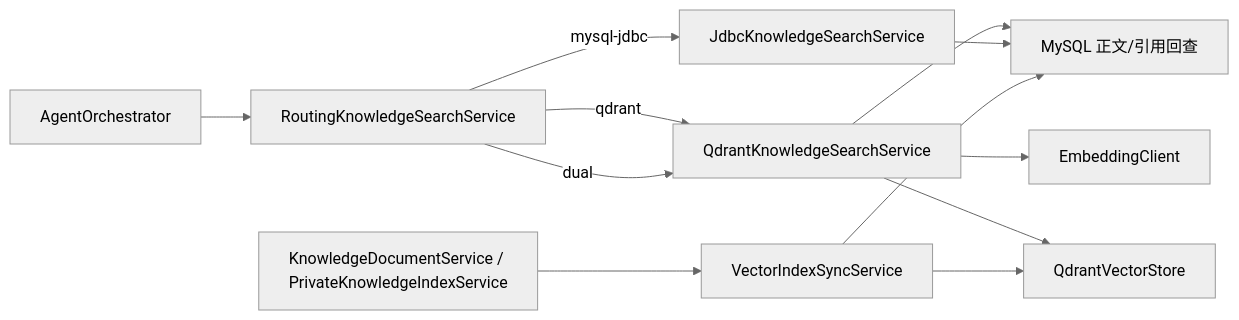
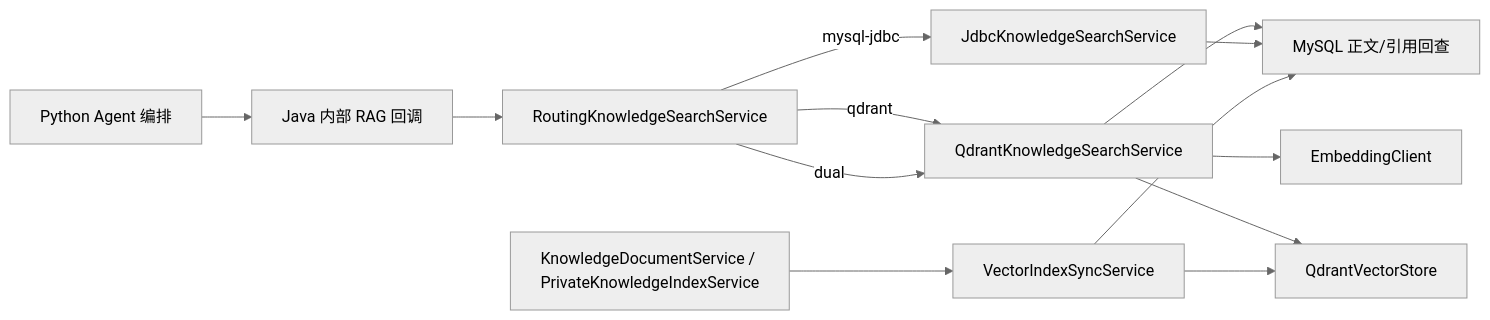
The diagram in docs/rag-qdrant-implementation.md (Eg0-11/kangban), drawn with Mermaid (neutral theme) before and after one commit. The commit also changed 110 other files, not shown here.

Commit message:
feat(agent): publish Kangban Python agent migration

````diff
--- a/docs/rag-qdrant-implementation.md
+++ b/docs/rag-qdrant-implementation.md
@@ -11,14 +11,15 @@
 ```mermaid
 flowchart LR
-    A[AgentOrchestrator] --> R[RoutingKnowledgeSearchService]
+    A[Python Agent 编排] --> C[Java 内部 RAG 回调]
+    C --> R[RoutingKnowledgeSearchService]
     R -->|mysql-jdbc| M[JdbcKnowledgeSearchService]
     R -->|qdrant| Q[QdrantKnowledgeSearchService]
     R -->|dual| Q
     Q --> E[EmbeddingClient]
     Q --> V[QdrantVectorStore]
     Q --> H[MySQL 正文/引用回查]
     M --> H
     I[KnowledgeDocumentService / PrivateKnowledgeIndexService] --> S[VectorIndexSyncService]
     S --> H
     S --> V
 ```
````
